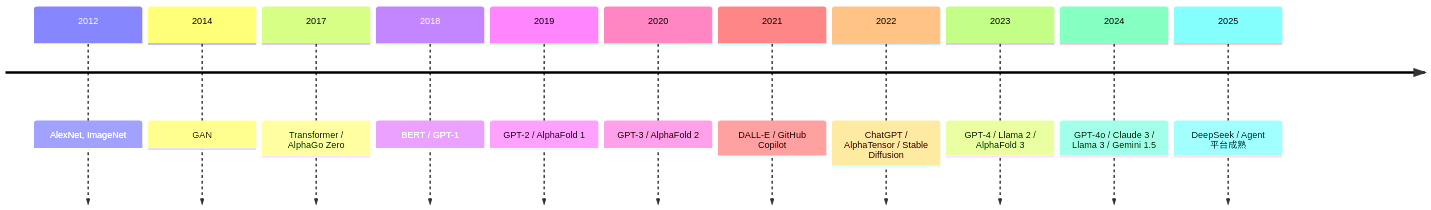
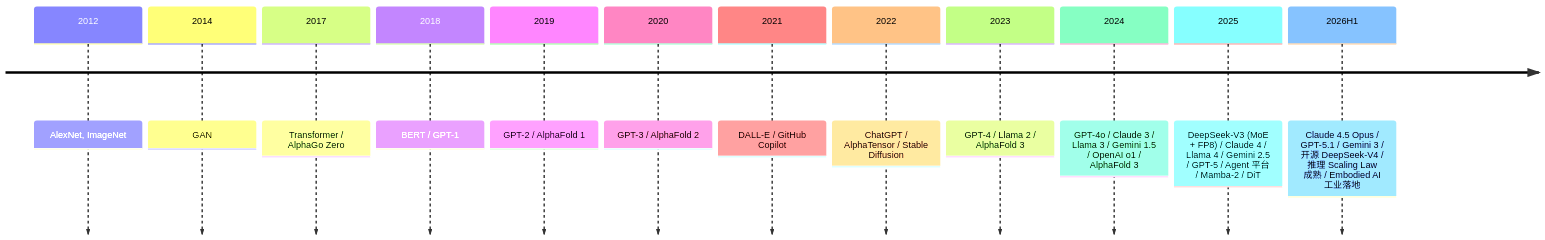
The third of 3 diagrams in zh/教辅/全局概览.md (godlockin/maths-cs-ai-compendium), drawn with Mermaid before and after one commit. The commit also changed other lines of this file and 6 other files, not shown here.

````diff
--- a/zh/教辅/全局概览.md
+++ b/zh/教辅/全局概览.md
@@ -337,14 +337,15 @@
 ```mermaid
 timeline
     2012 : AlexNet, ImageNet
     2014 : GAN
     2017 : Transformer / AlphaGo Zero
     2018 : BERT / GPT-1
     2019 : GPT-2 / AlphaFold 1
     2020 : GPT-3 / AlphaFold 2
     2021 : DALL-E / GitHub Copilot
     2022 : ChatGPT / AlphaTensor / Stable Diffusion
     2023 : GPT-4 / Llama 2 / AlphaFold 3
-    2024 : GPT-4o / Claude 3 / Llama 3 / Gemini 1.5
-    2025 : DeepSeek / Agent 平台成熟
+    2024 : GPT-4o / Claude 3 / Llama 3 / Gemini 1.5 / OpenAI o1 / AlphaFold 3
+    2025 : DeepSeek-V3 (MoE + FP8) / Claude 4 / Llama 4 / Gemini 2.5 / GPT-5 / Agent 平台 / Mamba-2 / DiT
+    2026H1 : Claude 4.5 Opus / GPT-5.1 / Gemini 3 / 开源 DeepSeek-V4 / 推理 Scaling Law 成熟 / Embodied AI 工业落地
 ```
````
